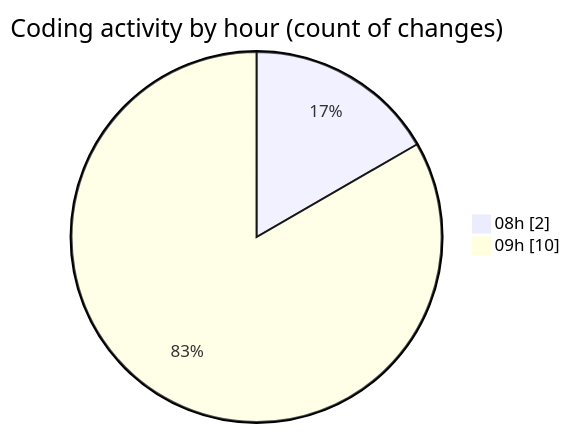
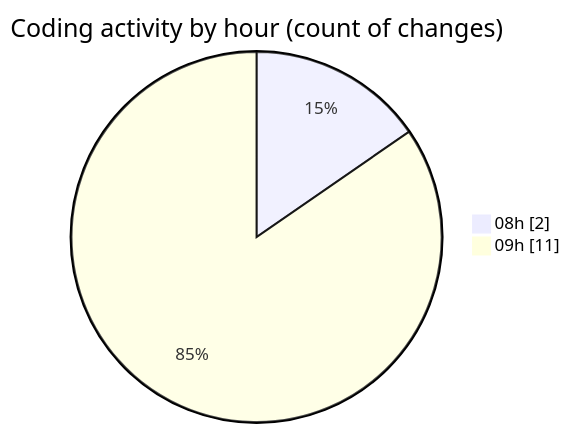
Before and after one commit to LanceThiago/code-tracking: the second of 2 diagrams in 2025-03-26/kml/README.md, drawn with Mermaid. The commit also changed other lines of this file and 1 other file, not shown here.

````diff
--- a/2025-03-26/kml/README.md
+++ b/2025-03-26/kml/README.md
@@ -28,6 +28,6 @@
 ```mermaid
 pie showData
 title Coding activity by hour (count of changes)
 "08h" : 2
-"09h" : 10
+"09h" : 11
 ```
````
